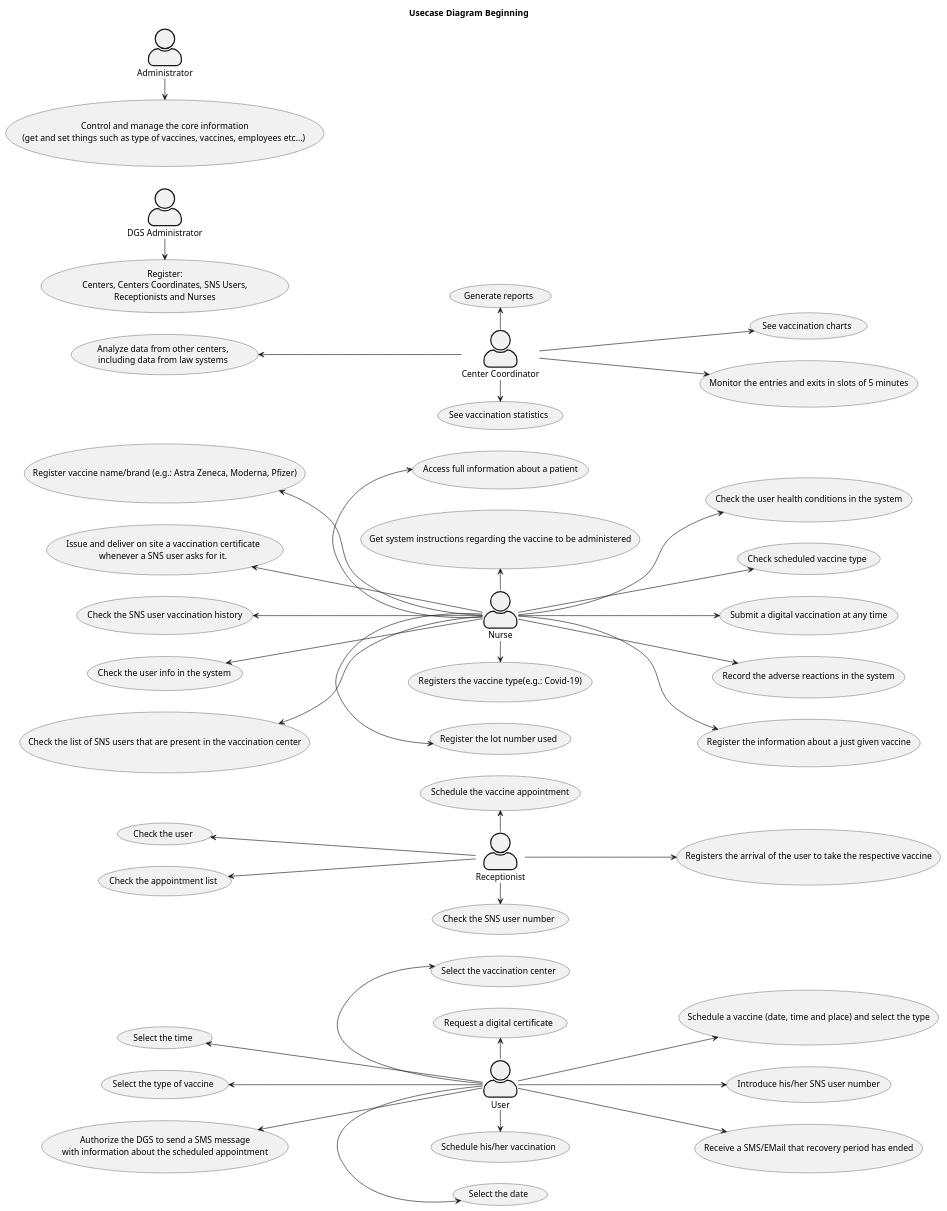
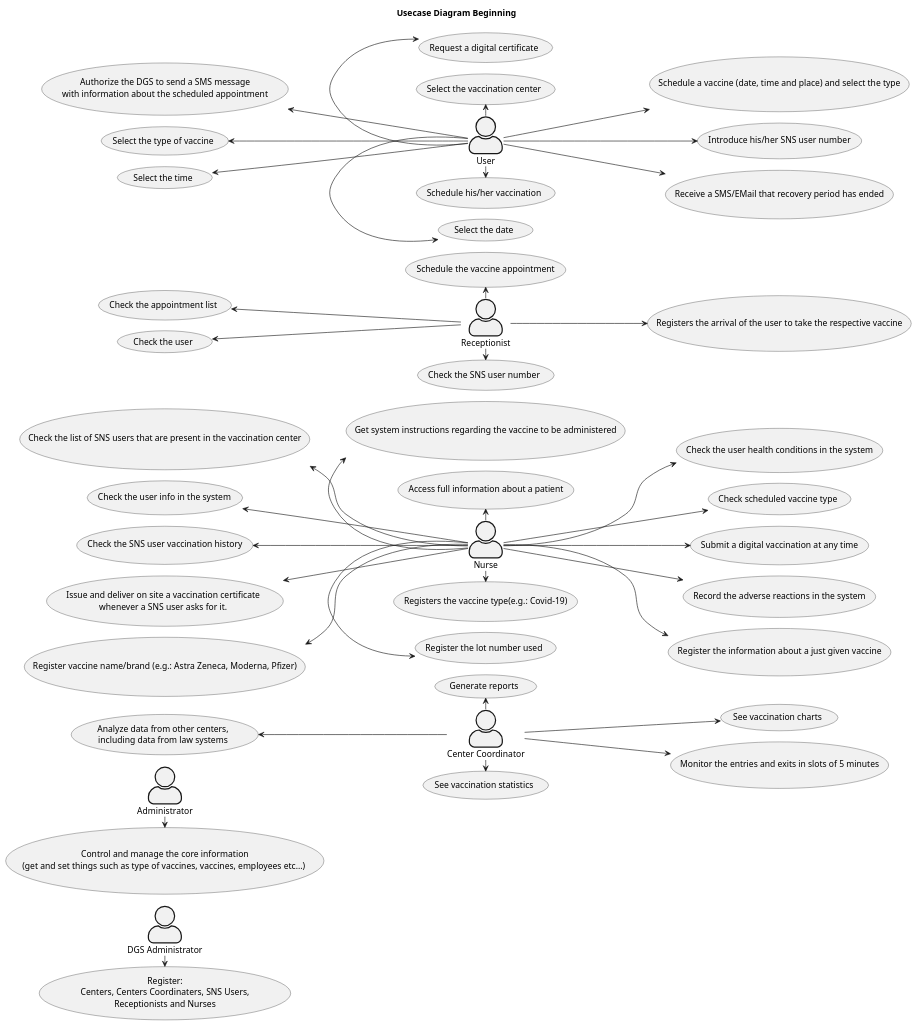
Before and after one commit to Pirussa/lei-22-s2-1da-g02: the diagram in docs/SprintA/UCD.puml, drawn with PlantUML.

Commit message:
Add "!pragma layout smetana" on every plantUML file.

```diff
--- a/docs/SprintA/UCD.puml
+++ b/docs/SprintA/UCD.puml
@@ -1,152 +1,155 @@
 @startuml
 'https://plantuml.com/use-case-diagram
+
+!pragma layout smetana
+
 skinparam actorStyle awesome
 skinparam titleBorderRoundCorner 15
 skinparam titleBorderThickness 2
 
 left to right direction
 title Usecase Diagram Beginning
 
 'DGS Administrator
 'UC1
 Usecase UC1 as "Register:
-Centers, Centers Coordinates, SNS Users,
- Receptionists and Nurses"
+Centers, Centers Coordinaters, SNS Users,
+Receptionists and Nurses"
 
 'Administrator
 'UC2
 Usecase UC2 as "Control and manage the core information
  (get and set things such as type of vaccines, vaccines, employees etc...) "
 
 'Centre Coordinator
 'UC3
 Usecase UC3 as "See vaccination statistics"
 'UC4
 Usecase UC4 as "See vaccination charts"
 'UC5
 Usecase UC5 as "Generate reports"
 'UC6
 Usecase UC6 as "Analyze data from other centers,
  including data from law systems"
 'UC7
 Usecase UC7 as "Monitor the entries and exits in slots of 5 minutes"
 
 'Nurse
 'UC8
 Usecase UC8 as "Check the user health conditions in the system"
 'UC9
 Usecase UC9 as "Check scheduled vaccine type"
 'UC10
 Usecase UC10 as "Submit a digital vaccination at any time"
 'UC11
 Usecase UC11 as "Check the list of SNS users that are present in the vaccination center"
 'UC12
 Usecase UC12 as "Check the user info in the system"
 'UC13
 Usecase UC13 as "Check the SNS user vaccination history"
 'UC14
 Usecase UC14 as "Get system instructions regarding the vaccine to be administered"
 'UC15
 Usecase UC15 as "Access full information about a patient"
 'UC16
 Usecase UC16 as "Record the adverse reactions in the system"
 'UC17
 Usecase UC17 as "Issue and deliver on site a vaccination certificate
  whenever a SNS user asks for it."
 'UC18
 Usecase UC18 as "Register the information about a just given vaccine"
 'UC19
 Usecase UC19 as "Register the lot number used"
 'UC20
 Usecase UC20 as "Registers the vaccine type(e.g.: Covid-19)"
 'UC21
 Usecase UC21 as "Register vaccine name/brand (e.g.: Astra Zeneca, Moderna, Pfizer)"
 
 'Receptionist
 'UC22
 Usecase UC22 as "Check the appointment list"
 'UC23
 Usecase UC23 as "Check the user"
 'UC24
 Usecase UC24 as "Schedule the vaccine appointment"
 'UC25
 Usecase UC25 as "Check the SNS user number"
 'UC26
 Usecase UC26 as "Registers the arrival of the user to take the respective vaccine"
 'UC27
 
 'User
 'UC27
 Usecase UC27 as "Schedule a vaccine (date, time and place) and select the type"
 'UC28
 Usecase UC28 as "Request a digital certificate"
 'UC29
 Usecase UC29 as "Authorize the DGS to send a SMS message
  with information about the scheduled appointment"
 'UC30
 Usecase UC30 as "Select the date"
 'UC31
 Usecase UC31 as "Introduce his/her SNS user number"
 'UC32
 Usecase UC32 as "Receive a SMS/EMail that recovery period has ended"
 'UC33
 Usecase UC33 as "Select the type of vaccine"
 'UC34
 Usecase UC34 as "Select the time"
 'UC35
 Usecase UC35 as "Schedule his/her vaccination"
 'UC36
 Usecase UC36 as "Select the vaccination center"
 
 'Administrators
 :DGS Administrator:-r-> UC1
 :Administrator: -r-> UC2
 
 
 'Center Coordinator
 :Center Coordinator: as CC
  CC -> UC3
  CC --> UC4
  CC -l-> UC5
  CC -u-> UC6
  CC -d-> UC7
 
  'Nurse
  :Nurse: as N
 N -d-> UC8
 N -d-> UC9
 N -d-> UC10
 N -u-> UC11
 N -u-> UC12
 N -u-> UC13
 N -l-> UC14
 N -l-> UC15
 N -d-> UC16
 N -u-> UC17
 N -d-> UC18
 N -r-> UC19
 N -r-> UC20
 N -u-> UC21
 
 'Receptionist
 :Receptionist: as R
 R -u-> UC22
 R -u-> UC23
 R -l-> UC24
 R -r-> UC25
 R -d-> UC26
 
 'User
 :User: as U
 U -d-> UC27
 U -l-> UC28
 U -u-> UC29
 U -r-> UC30
 U -d-> UC31
 U -d-> UC32
 U -u-> UC33
 U -u-> UC34
 U -r-> UC35
 U -l-> UC36
 
 @enduml
```
